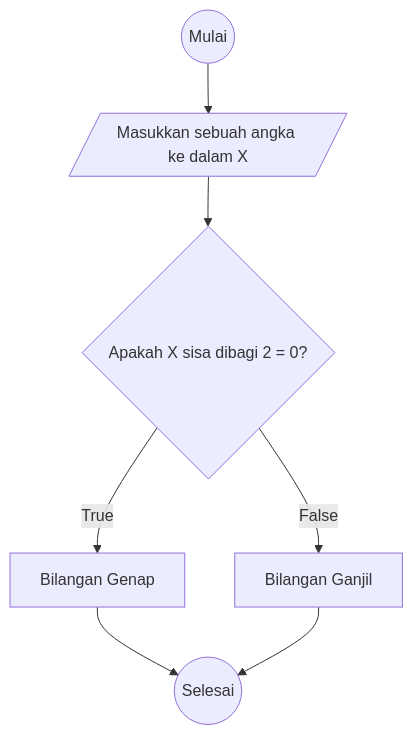
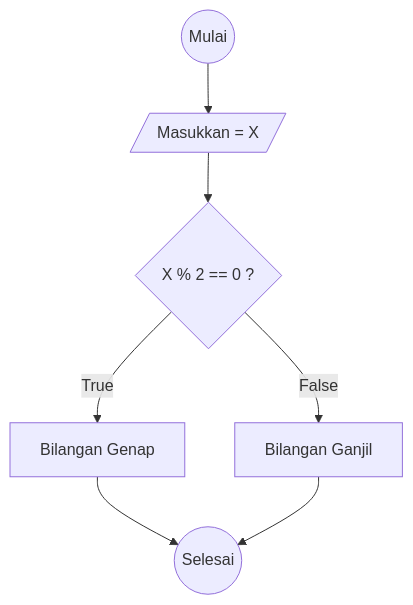
Before and after one commit to adityabastyas/koda-b6-algoritma: the diagram in flowchart-ganjil-genap.md, drawn with Mermaid.

Commit message:
Update flowchart for ganjil-genap logic

````diff
--- a/flowchart-ganjil-genap.md
+++ b/flowchart-ganjil-genap.md
@@ -1,25 +1,25 @@
 ```mermaid
 
 flowchart TD
     A@{ shape: circle, label: "Mulai" }
-    B@{ shape: lean-r, label: "Masukkan sebuah angka ke dalam X" }
-    C@{ shape: diamond, label: "Apakah X sisa dibagi 2 = 0?" }
+    B@{ shape: lean-r, label: "Masukkan = X" }
+    C@{ shape: diamond, label: "X % 2 == 0 ?" }
     D@{ shape: rect, label: "Bilangan Genap" }
     E@{ shape: rect, label: "Bilangan Ganjil" }
     F@{ shape: circle, label: "Selesai" }
 
     A --> B
     B --> C
     C -- True --> D
     C -- False --> E
     D --> F
     E --> F
 
 
 
 
 
 
 
 
 ```
````
